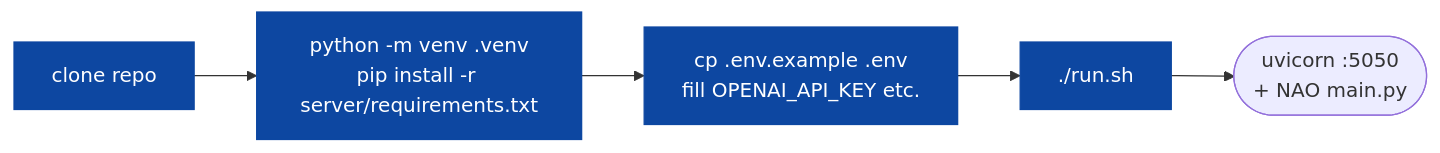
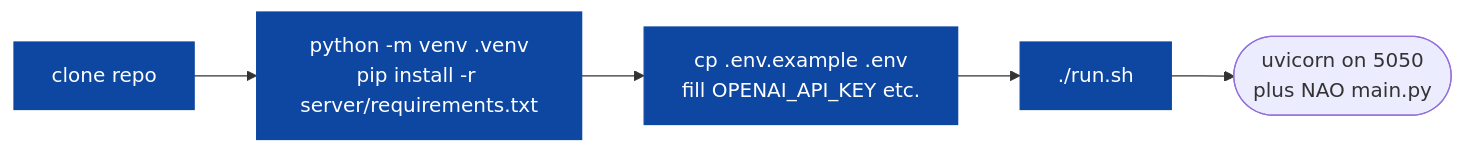
Before and after one commit to theaayushstha1/Nao-OpenAI-Morgan-Assist: the eighth of 8 diagrams in README.md, drawn with Mermaid. The commit also changed other lines of this file, not shown here.

First line of the commit message:
README: bulletproof every mermaid label, remove arrow-in-message

````diff
--- a/README.md
+++ b/README.md
@@ -373,9 +373,9 @@
 ```mermaid
 flowchart LR
     classDef step fill:#0d47a1,stroke:#0d47a1,color:#fff
 
     A["clone repo"]:::step --> B["python -m venv .venv<br/>pip install -r server/requirements.txt"]:::step
     B --> C["cp .env.example .env<br/>fill OPENAI_API_KEY etc."]:::step
     C --> D["./run.sh"]:::step
-    D --> E([uvicorn :5050<br/>+ NAO main.py])
+    D --> E(["uvicorn on 5050<br/>plus NAO main.py"])
 ```
````
